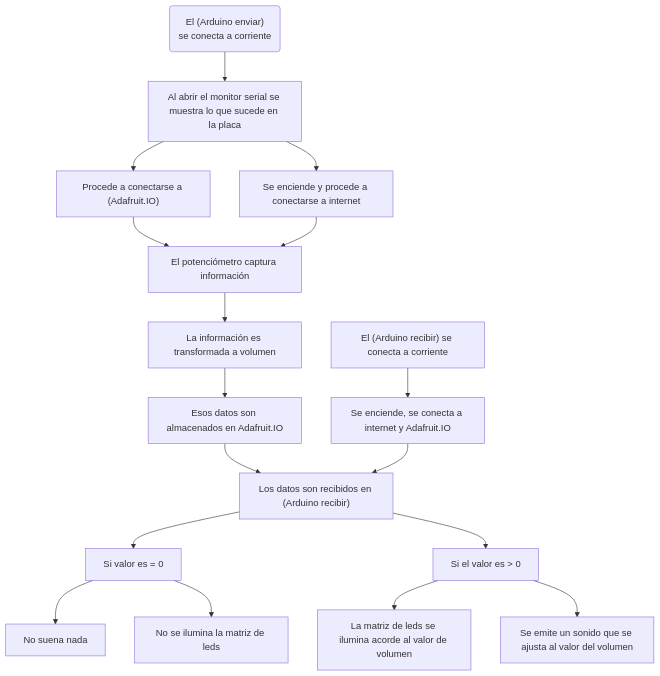
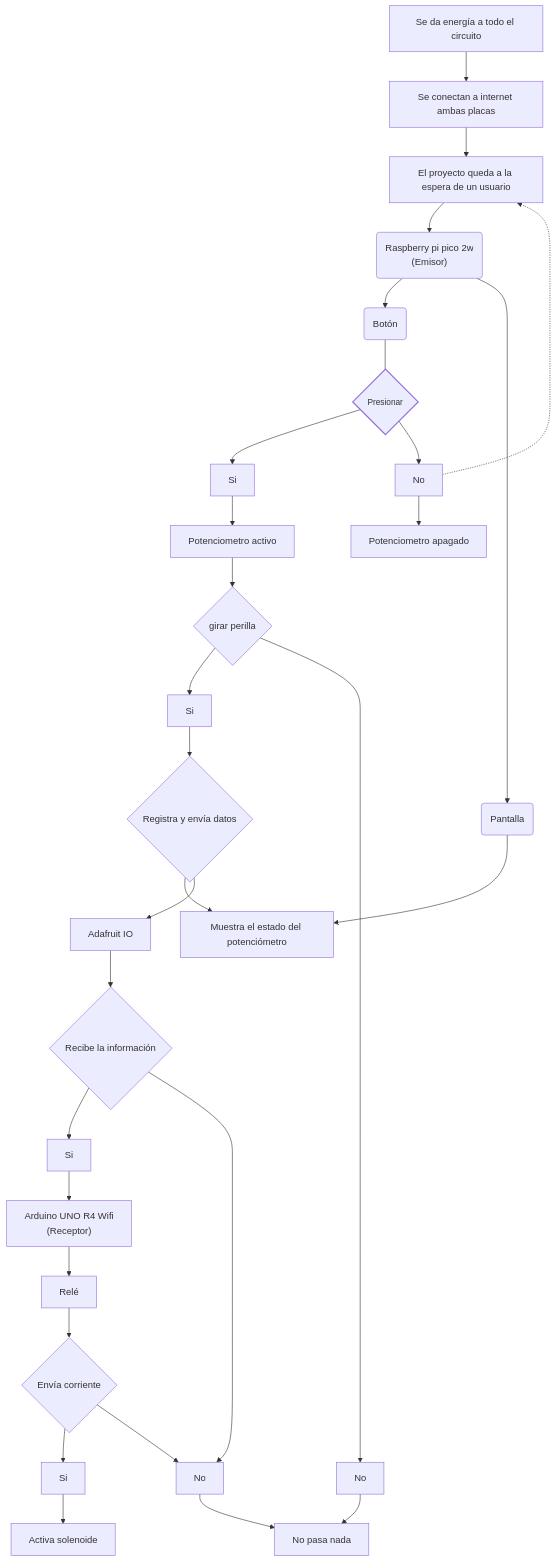
One commit to montoyamoraga/dis9079-2026-1 changed the diagram in 00-solemne-02/grupo-06/README.md. Above: the diagram before and after it, drawn with Mermaid. The commit also changed other lines of this file, not shown here.

````diff
--- a/00-solemne-02/grupo-06/README.md
+++ b/00-solemne-02/grupo-06/README.md
@@ -427,18 +427,45 @@
 ```mermaid
+---
+config:
+  layout: fixed
+---
 flowchart TB
-    n6["Esos datos son almacenados en Adafruit.IO"] --> n7["Los datos son recibidos en (Arduino recibir)"]
-    A("El (Arduino enviar)<br>se conecta a corriente") --> n5["Al abrir el monitor serial se muestra lo que sucede en la placa"]
-    n5 --> n1["Se enciende y procede a conectarse a internet"] & n3["Procede a conectarse a (Adafruit.IO)"]
-    n3 --> n2["El potenciómetro captura información"]
-    n1 --> n2
-    n2 --> n9["La información es transformada a volumen"]
-    n9 --> n6
-    n8["El (Arduino recibir) se conecta a corriente"] --> n10["Se enciende, se conecta a internet y Adafruit.IO"]
-    n10 --> n7
-    n7 --> n11["Si valor es = 0"] & n12["Si el valor es > 0"]
-    n11 --> n13["No suena nada"] & n14["No se ilumina la matriz de leds"]
-    n12 --> n15["La matriz de leds se ilumina acorde al valor de volumen"] & n16["Se emite un sonido que se ajusta al valor del volumen
-    "]
+    A["Se da energía a todo el circuito"] --> n19["Se conectan a internet ambas placas"]
+    n19 --> n5["El proyecto queda a la espera de un usuario"]
+    n5 --> n17["Raspberry pi pico 2w<br>(Emisor)"]
+    n17 --> n20["Botón"] & n22["Pantalla"]
+    n20 --- n23["Presionar"]
+    n23 --> n24["Si"] & n25["No"]
+    n25 -.-> n5
+    n25 --> n36["Potenciometro apagado"]
+    n24 --> n21["Potenciometro activo"]
+    n22 --> n26["Muestra el estado del potenciómetro"]
+    n21 --> n29["girar perilla"]
+    n29 --> n30["Si"] & n31["No"]
+    n31 --> n32["No pasa nada"]
+    n30 --> n33["Registra y envía datos"]
+    n33 --> n26 & n34["Adafruit IO"]
+    n34 --> n35["Recibe la información"]
+    n38["Relé"] --> n39["Envía corriente"]
+    n37["Arduino UNO R4 Wifi <br>(Receptor)"] --> n38
+    n35 --> n40["Si"] & n41["No"]
+    n40 --> n37
+    n41 --> n32
+    n39 --> n42["Si"] & n41
+    n42 --> n43["Activa solenoide"]
 
-    n8@{ shape: rect}
+    A@{ shape: rect}
+    n19@{ shape: rect}
+    n5@{ shape: rect}
+    n17@{ shape: rounded}
+    n20@{ shape: rounded}
+    n22@{ shape: rounded}
+    n23@{ shape: diam}
+    n21@{ shape: rect}
+    n29@{ shape: diam}
+    n33@{ shape: diam}
+    n35@{ shape: diam}
+    n38@{ shape: rect}
+    n39@{ shape: diam}
+    style n23 stroke-width:2px,stroke-dasharray: 0,font-size:14px
 ```
````
